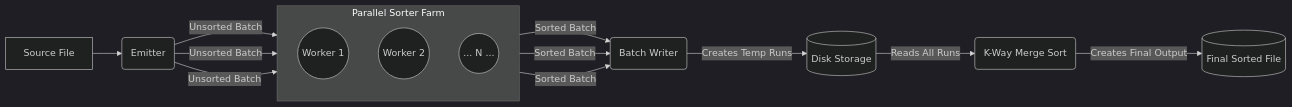
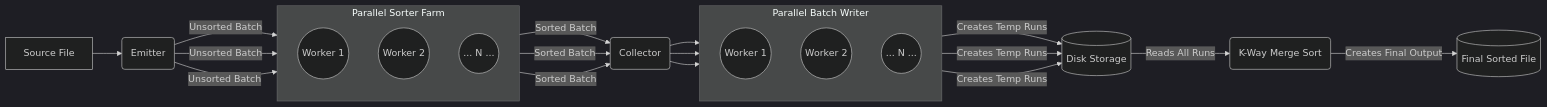
One commit to crybot/spm-project-2025 changed the diagram in README.md. Above: the diagram before and after it, drawn with Mermaid (dark theme).

````diff
--- a/README.md
+++ b/README.md
@@ -8,23 +8,37 @@
 ```mermaid
 graph LR
     A[Source File] --> B(Emitter);
 
     subgraph Parallel Sorter Farm
         direction TB
         W1((Worker 1))
         W2((Worker 2))
         W3((... N ...))
     end
 
     B -- "Unsorted Batch" --> W1;
     B -- "Unsorted Batch" --> W2;
     B -- "Unsorted Batch" --> W3;
     
-    W1 -- "Sorted Batch" --> D(Batch Writer);
-    W2 -- "Sorted Batch" --> D;
-    W3 -- "Sorted Batch" --> D;
+    W1 -- "Sorted Batch" --> C(Collector);
+    W2 -- "Sorted Batch" --> C;
+    W3 -- "Sorted Batch" --> C;
 
-    D -- "Creates Temp Runs" --> E[("Disk Storage")];
+    C --> W4;
+    C --> W5;
+    C --> W6;
+
+    subgraph Parallel Batch Writer
+        direction TB
+        W4((Worker 1))
+        W5((Worker 2))
+        W6((... N ...))
+    end
+
+    W4 -- "Creates Temp Runs" --> E[("Disk Storage")]
+    W5 -- "Creates Temp Runs" --> E;
+    W6 -- "Creates Temp Runs" --> E;
+
     E -- "Reads All Runs" --> F(K-Way Merge Sort);
     F -- "Creates Final Output" --> G[(Final Sorted File)];
 ```
````
